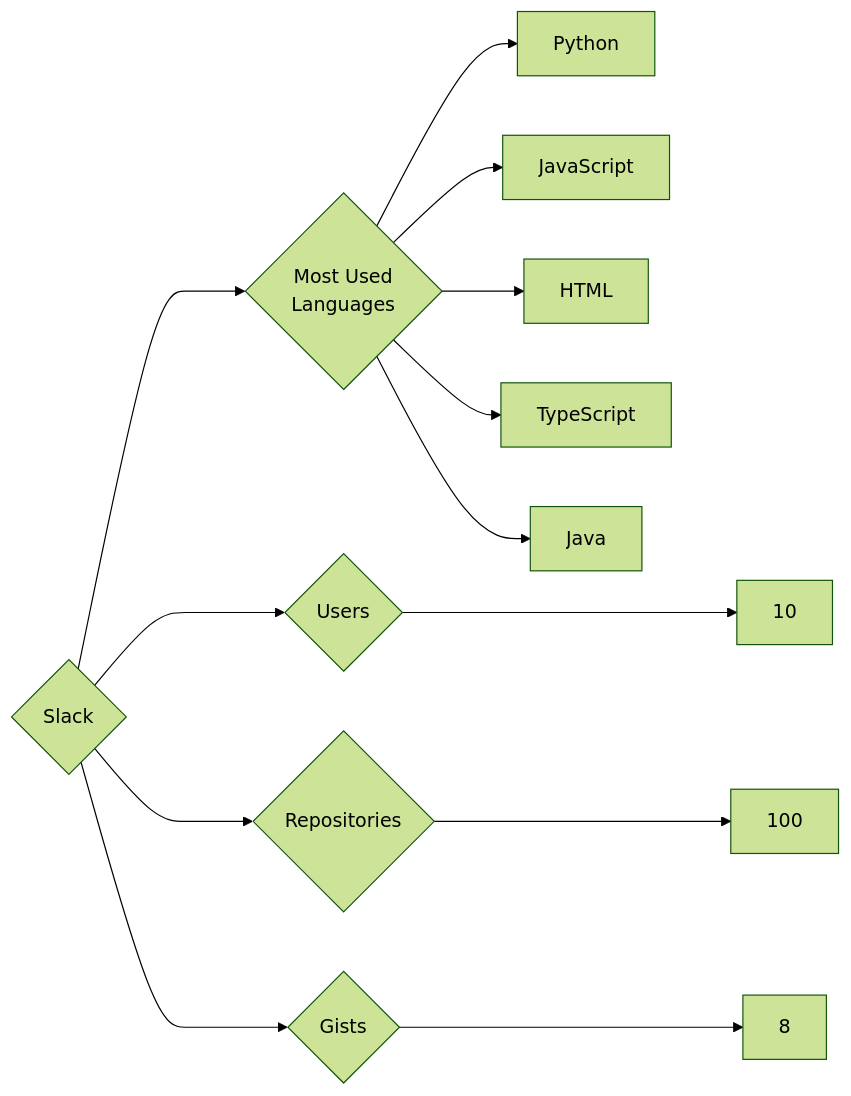
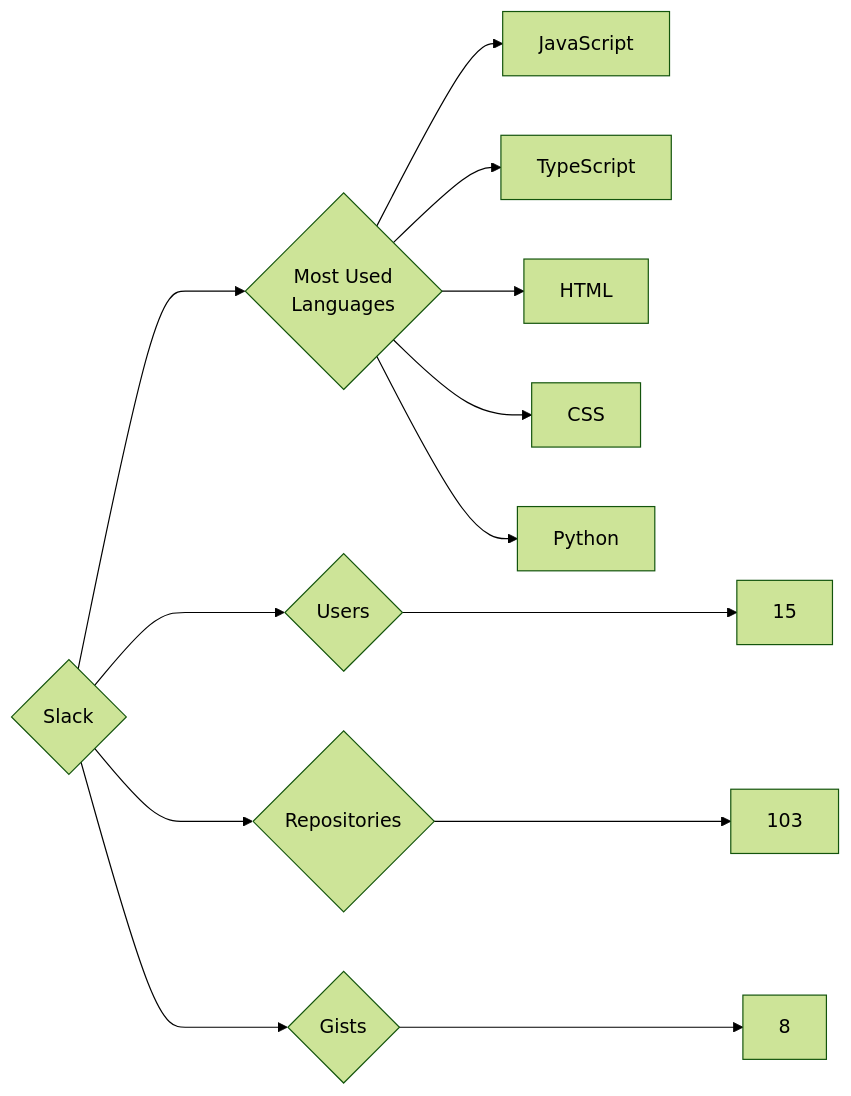
The diagram in targets/Slack/README.md (trickest/insiders), drawn with Mermaid (forest theme) before and after one commit. The commit also changed 770 other files, not shown here.

````diff
--- a/targets/Slack/README.md
+++ b/targets/Slack/README.md
@@ -3,13 +3,13 @@
 ```mermaid
 graph LR
 COMPANY_NAME{Slack}
-COMPANY_NAME ---> U{Users} ---> UN[10]
-COMPANY_NAME ---> R{Repositories} ---> RN[100]
+COMPANY_NAME ---> U{Users} ---> UN[15]
+COMPANY_NAME ---> R{Repositories} ---> RN[103]
 COMPANY_NAME ---> G{Gists} ---> GN[8]
 COMPANY_NAME ---> ML{Most Used<br>Languages}
+ML --> JavaScript[JavaScript]
+ML --> TypeScript[TypeScript]
+ML --> HTML[HTML]
+ML --> CSS[CSS]
 ML --> Python[Python]
-ML --> JavaScript[JavaScript]
-ML --> HTML[HTML]
-ML --> TypeScript[TypeScript]
-ML --> Java[Java]
 ```
````
